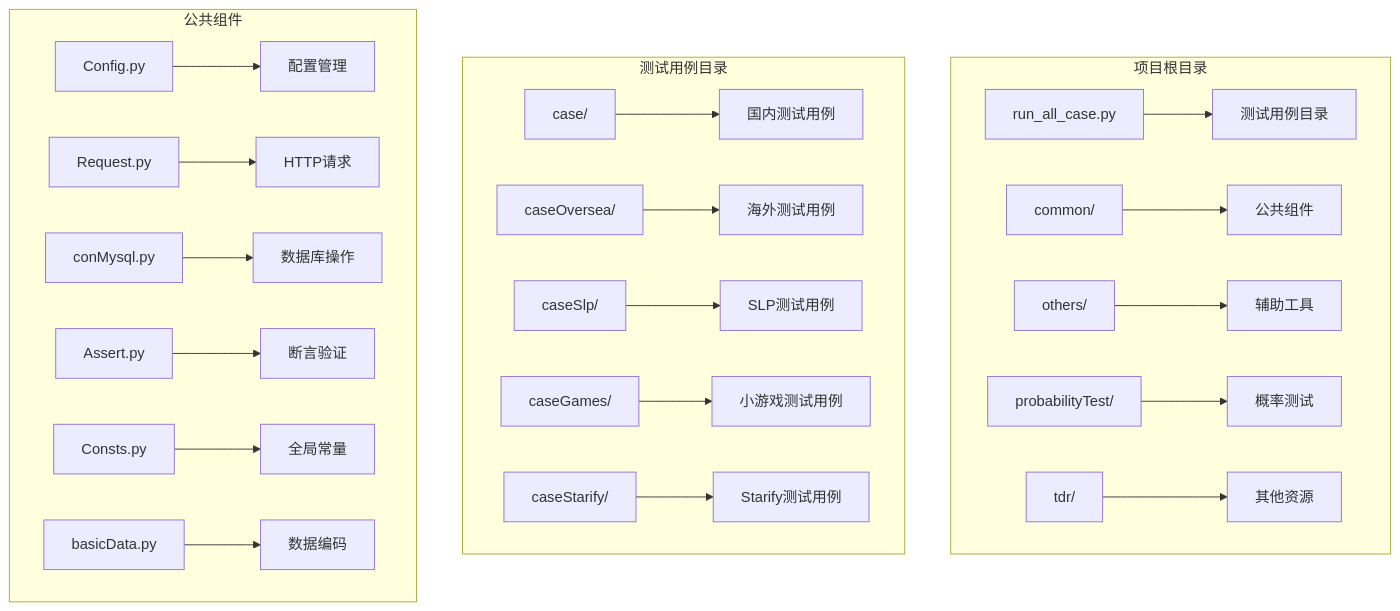
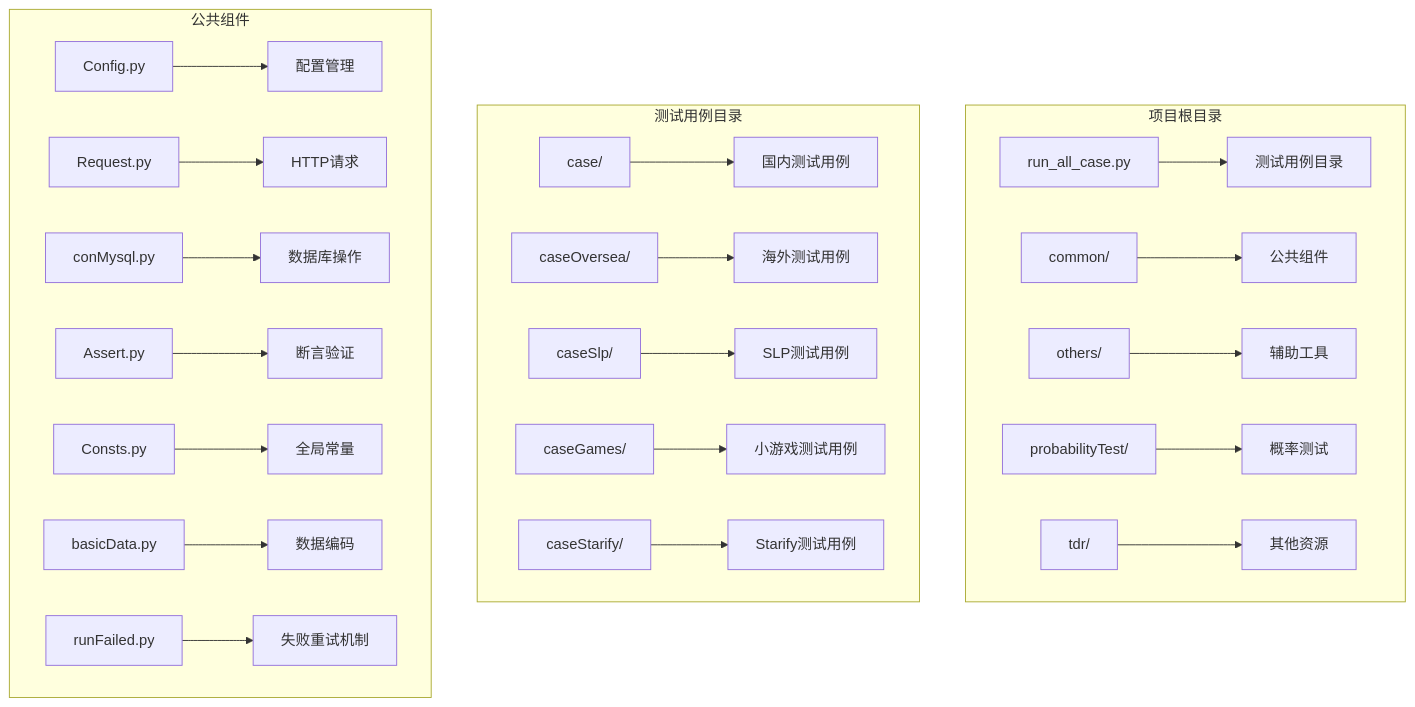
The first of 8 diagrams in .qoder/repowiki/zh/content/支付测试用例/私聊付费测试.md (liximing1-ola/qa-payTest), drawn with Mermaid before and after one commit. The commit also changed other lines of this file and 103 other files, not shown here.

````diff
--- a/.qoder/repowiki/zh/content/支付测试用例/私聊付费测试.md
+++ b/.qoder/repowiki/zh/content/支付测试用例/私聊付费测试.md
@@ -48,25 +56,26 @@
 ```mermaid
 graph TB
 subgraph "项目根目录"
 A[run_all_case.py] --> B[测试用例目录]
 C[common/] --> D[公共组件]
 E[others/] --> F[辅助工具]
 G[probabilityTest/] --> H[概率测试]
 I[tdr/] --> J[其他资源]
 end
 subgraph "测试用例目录"
 B1[case/] --> K[国内测试用例]
 B2[caseOversea/] --> L[海外测试用例]
 B3[caseSlp/] --> M[SLP测试用例]
 B4[caseGames/] --> N[小游戏测试用例]
 B5[caseStarify/] --> O[Starify测试用例]
 end
 subgraph "公共组件"
 D1[Config.py] --> P[配置管理]
 D2[Request.py] --> Q[HTTP请求]
 D3[conMysql.py] --> R[数据库操作]
 D4[Assert.py] --> S[断言验证]
 D5[Consts.py] --> T[全局常量]
 D6[basicData.py] --> U[数据编码]
+D7[runFailed.py] --> V[失败重试机制]
 end
 ```
````
